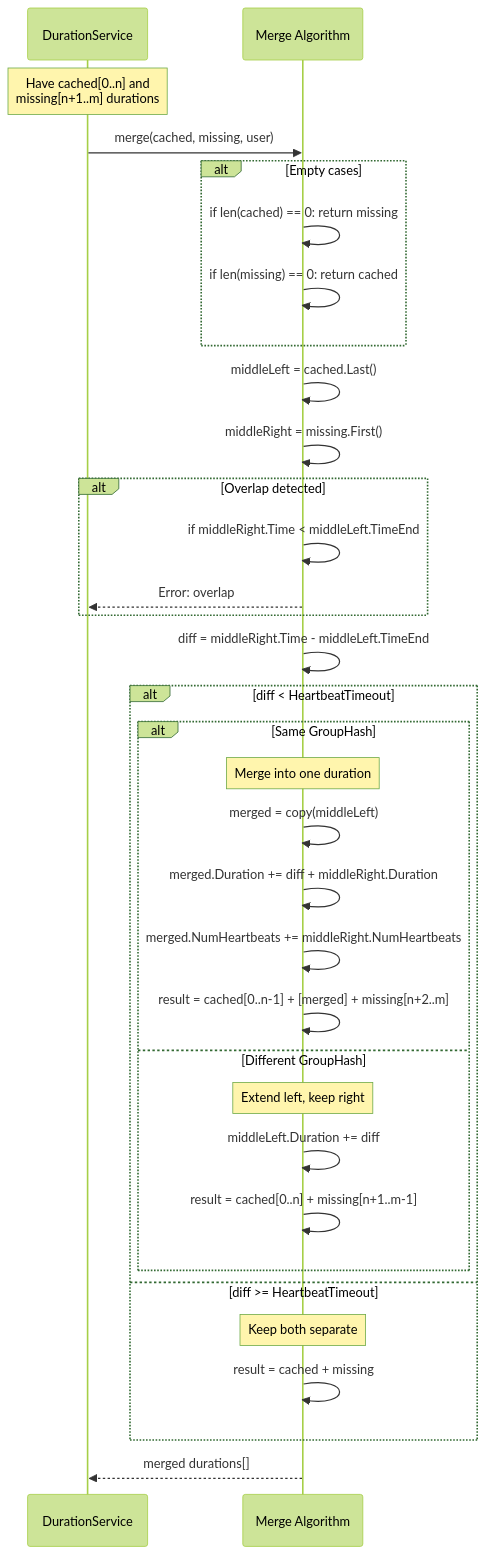
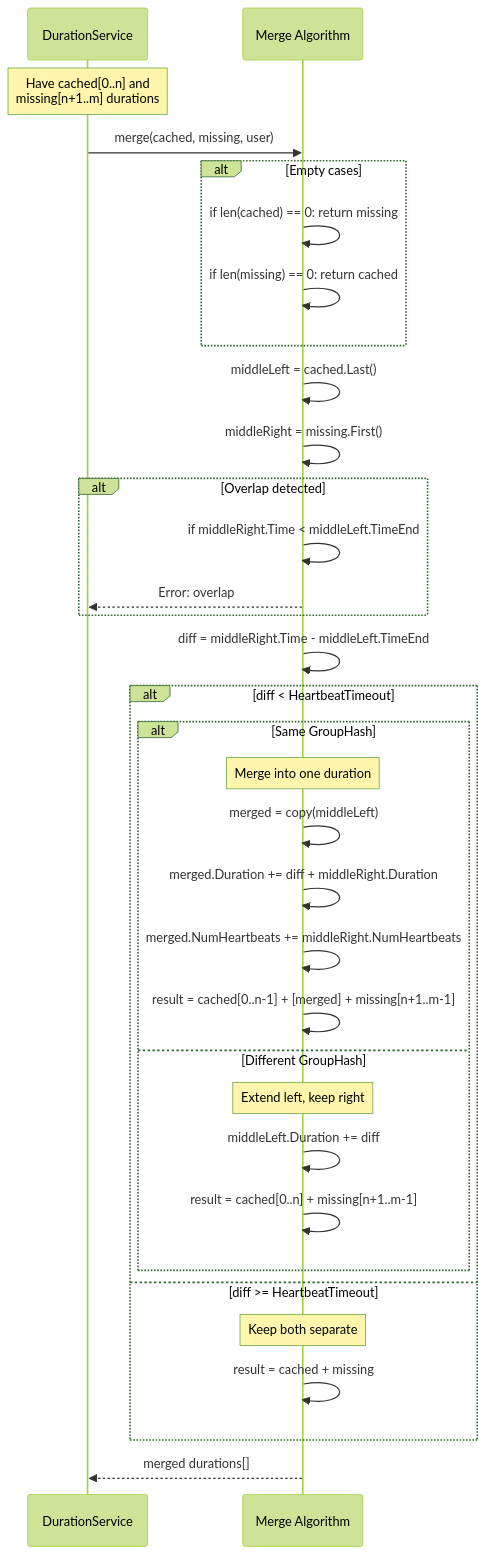
The fourth of 6 diagrams in docs/DURATION_SEQUENCE_DIAGRAMS.md (tanapoln/wakapi), drawn with Mermaid (forest theme) before and after one commit.

````diff
--- a/docs/DURATION_SEQUENCE_DIAGRAMS.md
+++ b/docs/DURATION_SEQUENCE_DIAGRAMS.md
@@ -147,43 +147,43 @@
 ```mermaid
 sequenceDiagram
     participant DS as DurationService
     participant Merge as Merge Algorithm
 
     Note over DS: Have cached[0..n] and<br/>missing[n+1..m] durations
     
     DS->>Merge: merge(cached, missing, user)
     
     alt Empty cases
         Merge->>Merge: if len(cached) == 0: return missing
         Merge->>Merge: if len(missing) == 0: return cached
     end
     
     Merge->>Merge: middleLeft = cached.Last()
     Merge->>Merge: middleRight = missing.First()
     
     alt Overlap detected
         Merge->>Merge: if middleRight.Time < middleLeft.TimeEnd
         Merge-->>DS: Error: overlap
     end
     
     Merge->>Merge: diff = middleRight.Time - middleLeft.TimeEnd
     
     alt diff < HeartbeatTimeout
         alt Same GroupHash
             Note over Merge: Merge into one duration
             Merge->>Merge: merged = copy(middleLeft)
             Merge->>Merge: merged.Duration += diff + middleRight.Duration
             Merge->>Merge: merged.NumHeartbeats += middleRight.NumHeartbeats
-            Merge->>Merge: result = cached[0..n-1] + [merged] + missing[n+2..m]
+            Merge->>Merge: result = cached[0..n-1] + [merged] + missing[n+1..m-1]
         else Different GroupHash
             Note over Merge: Extend left, keep right
             Merge->>Merge: middleLeft.Duration += diff
             Merge->>Merge: result = cached[0..n] + missing[n+1..m-1]
         end
     else diff >= HeartbeatTimeout
         Note over Merge: Keep both separate
         Merge->>Merge: result = cached + missing
     end
     
     Merge-->>DS: merged durations[]
 ```
````
